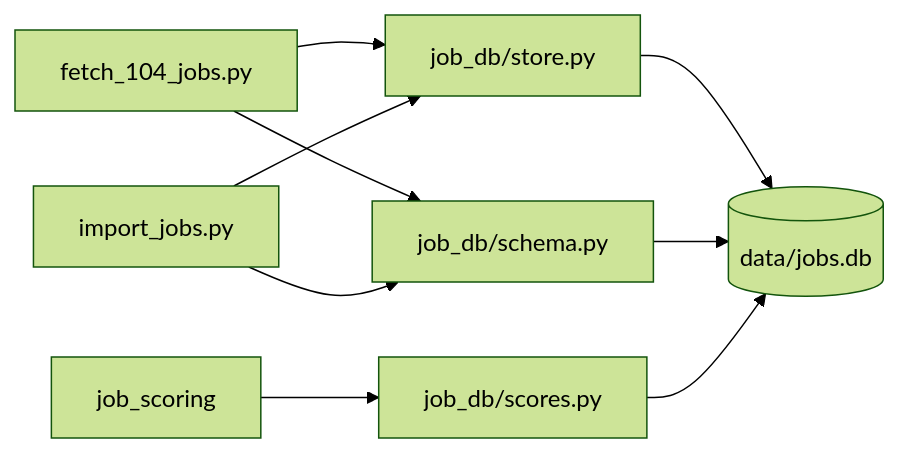
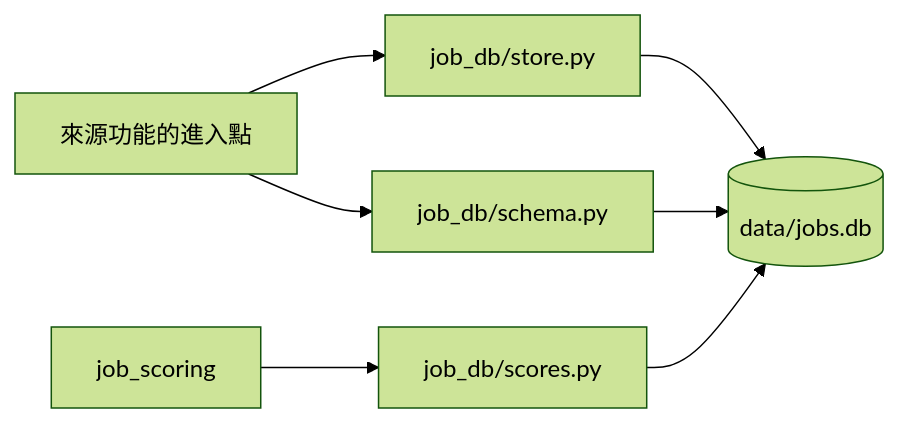
One commit to dlhdb/job-matching changed the diagram in docs/tech/tech-design/job-database.md. Above: the diagram before and after it, drawn with Mermaid (forest theme). The commit also changed other lines of this file and 13 other files, not shown here.

````diff
--- a/docs/tech/tech-design/job-database.md
+++ b/docs/tech/tech-design/job-database.md
@@ -8,11 +8,9 @@
 ```mermaid
 flowchart LR
-    fetch["fetch_104_jobs.py"] --> store["job_db/store.py"]
-    imp["import_jobs.py"] --> store
-    fetch --> schema["job_db/schema.py"]
-    imp --> schema
+    src["來源功能的進入點"] --> store["job_db/store.py"]
+    src --> schema["job_db/schema.py"]
     store --> db[("data/jobs.db")]
     schema --> db
     scoring["job_scoring"] --> scores["job_db/scores.py"]
     scores --> db
 ```
````
